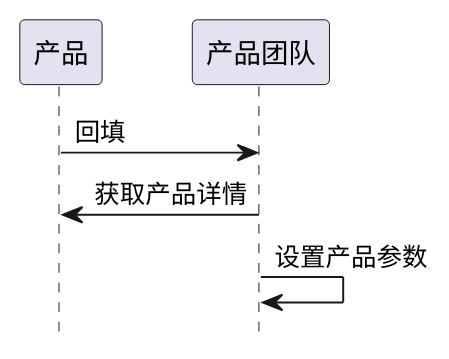
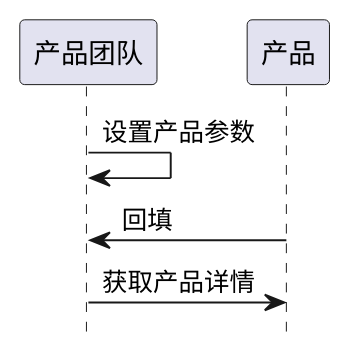
One commit to goblinln/iBizPMS changed the second of 3 diagrams in ibizpms-docs/src/main/doc/v1/module/ibiz/PRODUCTTEAM_old.md. Above: the diagram before and after it, drawn with PlantUML. The commit also changed other lines of this file and 230 other files, not shown here.

```diff
--- a/ibizpms-docs/src/main/doc/v1/module/ibiz/PRODUCTTEAM_old.md
+++ b/ibizpms-docs/src/main/doc/v1/module/ibiz/PRODUCTTEAM_old.md
@@ -80,7 +80,7 @@
 {% plantuml %}
 hide footbox
 
+产品团队 -> 产品团队: 设置产品参数
 产品 -> 产品团队: 回填
 产品团队 -> 产品: 获取产品详情
-产品团队 -> 产品团队: 设置产品参数
 {% endplantuml %}
```
